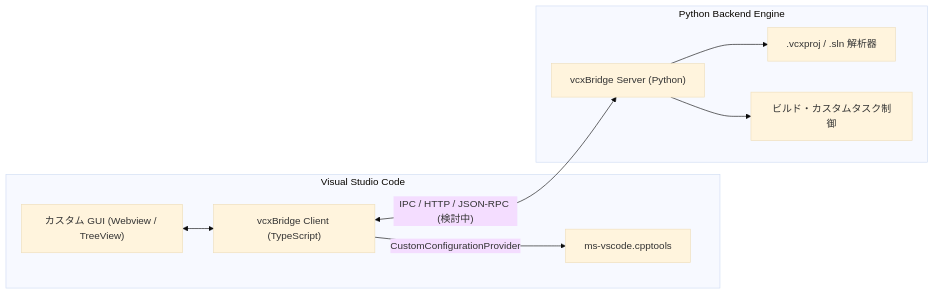
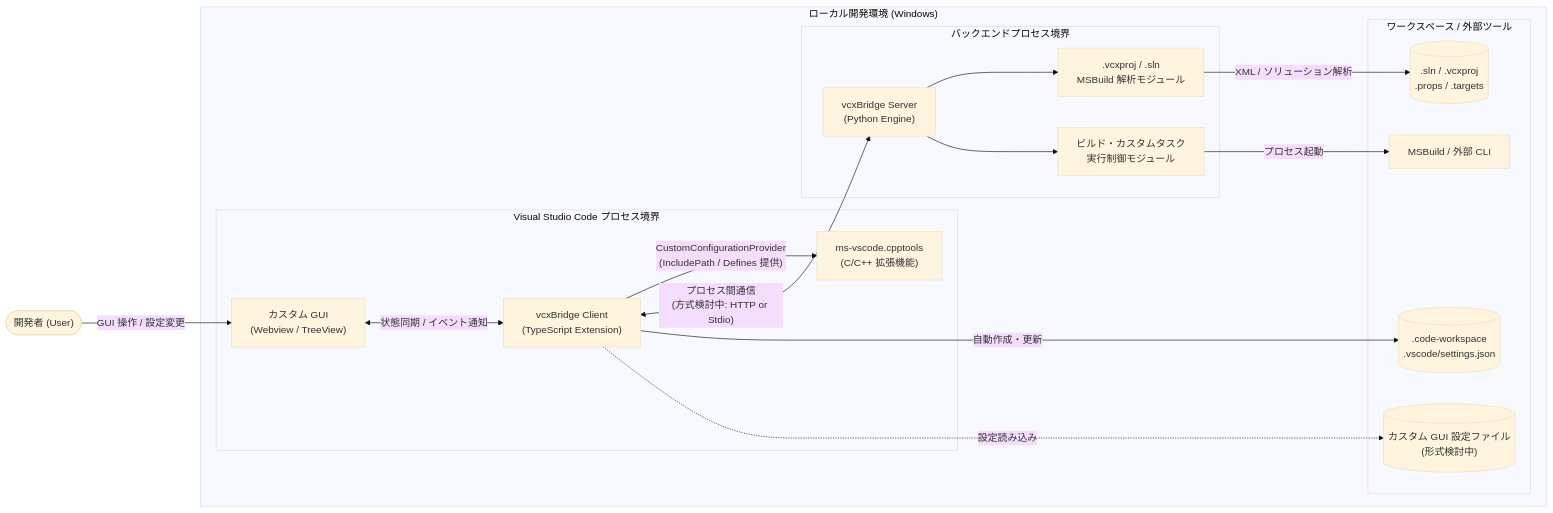
The first of 2 diagrams in docs/architecture/overview.md (tea1997-master/vcxBridge), drawn with Mermaid (base theme) before and after one commit. The commit also changed other lines of this file and 7 other files, not shown here.

````diff
--- a/docs/architecture/overview.md
+++ b/docs/architecture/overview.md
@@ -13,20 +25,37 @@
 ```mermaid
 flowchart LR
-    subgraph VSCode["Visual Studio Code"]
-        Client["vcxBridge Client (TypeScript)"]
-        CppTools["ms-vscode.cpptools"]
-        Webview["カスタム GUI (Webview / TreeView)"]
+    actorUser(["開発者 (User)"])
+
+    subgraph HostOS["ローカル開発環境 (Windows)"]
+        subgraph VSCode["Visual Studio Code プロセス境界"]
+            UI["カスタム GUI<br/>(Webview / TreeView)"]
+            Client["vcxBridge Client<br/>(TypeScript Extension)"]
+            CppTools["ms-vscode.cpptools<br/>(C/C++ 拡張機能)"]
+        end
+
+        subgraph Backend["バックエンドプロセス境界"]
+            Server["vcxBridge Server<br/>(Python Engine)"]
+            Parser[".vcxproj / .sln<br/>MSBuild 解析モジュール"]
+            TaskMgr["ビルド・カスタムタスク<br/>実行制御モジュール"]
+        end
+
+        subgraph FileSystem["ワークスペース / 外部ツール"]
+            ProjectFiles[(".sln / .vcxproj<br/>.props / .targets")]
+            WorkspaceFiles[(".code-workspace<br/>.vscode/settings.json")]
+            UserConfig[("カスタム GUI 設定ファイル<br/>(形式検討中)")]
+            MSBuild["MSBuild / 外部 CLI"]
+        end
     end
 
-    subgraph Backend["Python Backend Engine"]
-        Server["vcxBridge Server (Python)"]
-        Parser[".vcxproj / .sln 解析器"]
-        TaskRunner["ビルド・カスタムタスク制御"]
-    end
+    actorUser -->|"GUI 操作 / 設定変更"| UI
+    UI <-->|"状態同期 / イベント通知"| Client
+    Client -->|"CustomConfigurationProvider<br/>(IncludePath / Defines 提供)"| CppTools
+    Client <-->|"プロセス間通信<br/>(方式検討中: HTTP or Stdio)"| Server
 
-    Webview <--> Client
-    Client -->|"CustomConfigurationProvider"| CppTools
-    Client <-->|"IPC / HTTP / JSON-RPC (検討中)"| Server
+    Client -->|"自動作成・更新"| WorkspaceFiles
+    Client -.->|"設定読み込み"| UserConfig
     Server --> Parser
-    Server --> TaskRunner
+    Server --> TaskMgr
+    Parser -->|"XML / ソリューション解析"| ProjectFiles
+    TaskMgr -->|"プロセス起動"| MSBuild
 ```
````
